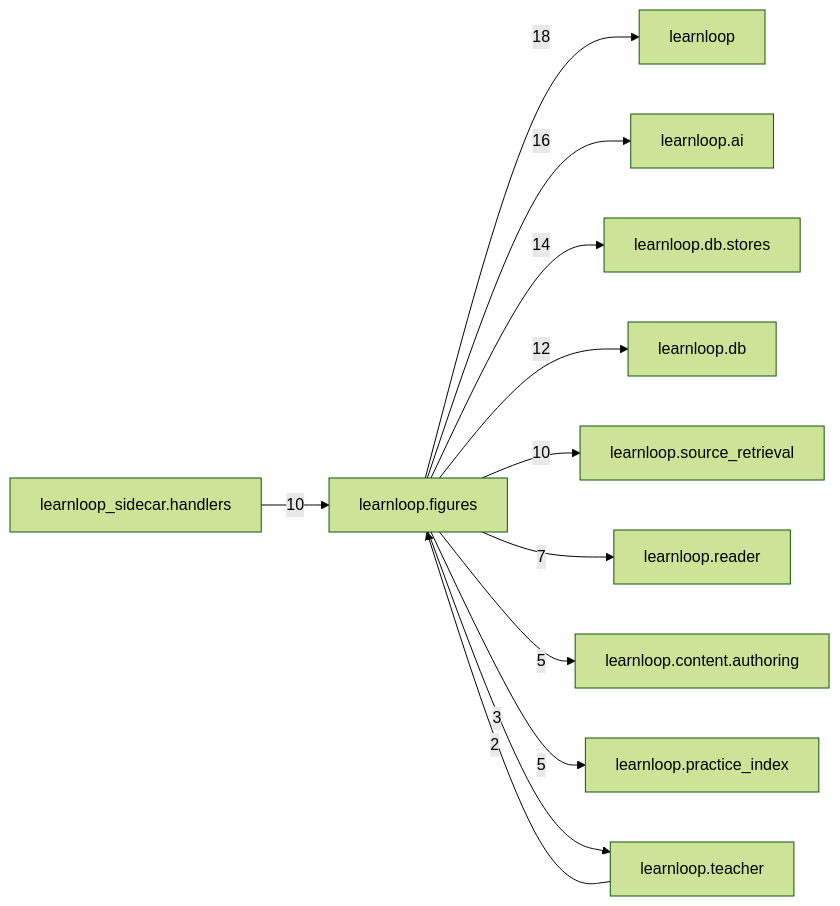
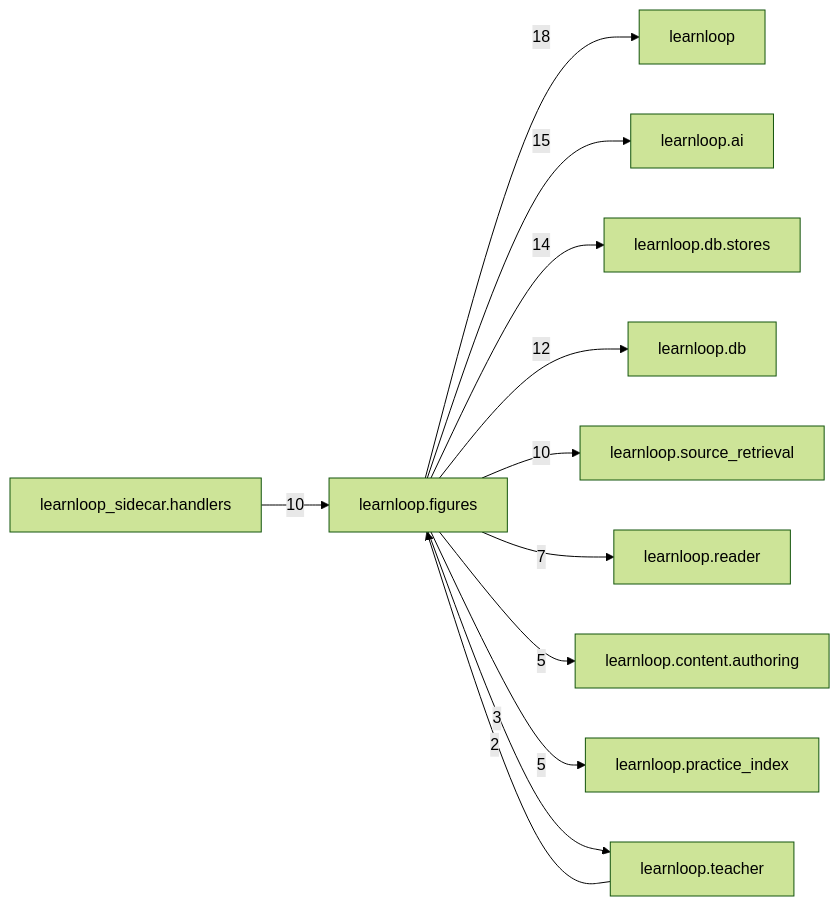
One commit to 6up-b/learnanything changed the diagram in docs/learnloop-architecture-vault/Reference/Modules/learnloop/figures/_package.md. Above: the diagram before and after it, drawn with Mermaid (forest theme). The commit also changed other lines of this file and 209 other files, not shown here.

````diff
--- a/docs/learnloop-architecture-vault/Reference/Modules/learnloop/figures/_package.md
+++ b/docs/learnloop-architecture-vault/Reference/Modules/learnloop/figures/_package.md
@@ -126,25 +126,25 @@
 ```mermaid
 flowchart LR
     center["learnloop.figures"]
     n_learnloop["learnloop"]
     n_learnloop_ai["learnloop.ai"]
     n_learnloop_db_stores["learnloop.db.stores"]
     n_learnloop_db["learnloop.db"]
     n_learnloop_source_retrieval["learnloop.source_retrieval"]
     n_learnloop_sidecar_handlers["learnloop_sidecar.handlers"]
     n_learnloop_reader["learnloop.reader"]
     n_learnloop_content_authoring["learnloop.content.authoring"]
     n_learnloop_practice_index["learnloop.practice_index"]
     n_learnloop_teacher["learnloop.teacher"]
     center -->|18| n_learnloop
-    center -->|16| n_learnloop_ai
+    center -->|15| n_learnloop_ai
     center -->|14| n_learnloop_db_stores
     center -->|12| n_learnloop_db
     center -->|10| n_learnloop_source_retrieval
     n_learnloop_sidecar_handlers -->|10| center
     center -->|7| n_learnloop_reader
     center -->|5| n_learnloop_content_authoring
     center -->|5| n_learnloop_practice_index
     n_learnloop_teacher -->|2| center
     center -->|3| n_learnloop_teacher
 ```
````
